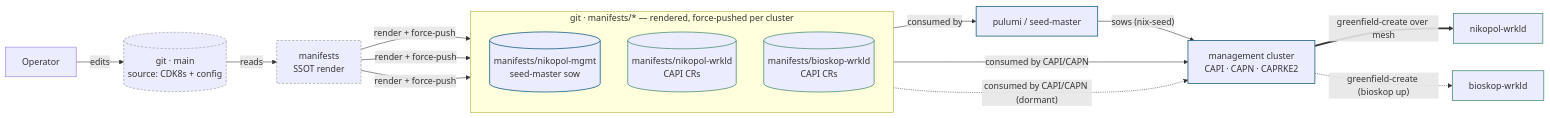
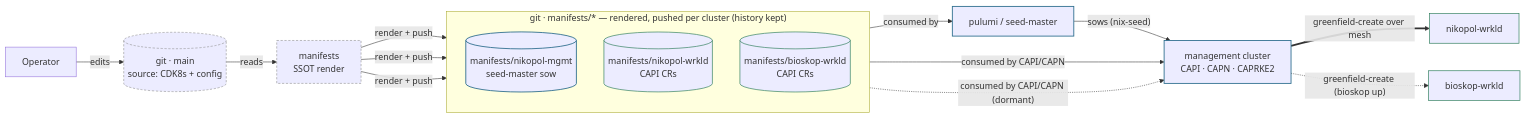
The first of 5 diagrams in docs/architecture/cluster-api/manifests-rendered-branches.adoc (nxmatic/rke2lab), drawn with Mermaid before and after one commit. The commit also changed other lines of this file and 1914 other files, not shown here.

```diff
--- a/docs/architecture/cluster-api/manifests-rendered-branches.adoc
+++ b/docs/architecture/cluster-api/manifests-rendered-branches.adoc
@@ -86,32 +87,32 @@
 [mermaid,manifests-rendered-branches-context,svg]
 ----
 flowchart LR
   OP["Operator"]
   MAIN[("git · main<br/>source: CDK8s + config")]
   MOD["manifests<br/>SSOT render"]
-  subgraph REN["git · manifests/* — rendered, force-pushed per cluster"]
+  subgraph REN["git · manifests/* — rendered, pushed per cluster (history kept)"]
     direction TB
     BM[("manifests/nikopol-mgmt<br/>seed-master sow")]
     BW1[("manifests/nikopol-wrkld<br/>CAPI CRs")]
     BW2[("manifests/bioskop-wrkld<br/>CAPI CRs")]
   end
   SM["pulumi / seed-master"]
   MG["management cluster<br/>CAPI · CAPN · CAPRKE2"]
   W1["nikopol-wrkld"]
   W2["bioskop-wrkld"]
   OP -->|edits| MAIN
   MAIN -->|reads| MOD
-  MOD -->|"render + force-push"| BM
-  MOD -->|"render + force-push"| BW1
-  MOD -->|"render + force-push"| BW2
+  MOD -->|"render + push"| BM
+  MOD -->|"render + push"| BW1
+  MOD -->|"render + push"| BW2
   BM -->|"consumed by"| SM
   SM -->|"sows (nix-seed)"| MG
   BW1 -->|"consumed by CAPI/CAPN"| MG
   BW2 -.->|"consumed by CAPI/CAPN (dormant)"| MG
   MG ==>|"greenfield-create over mesh"| W1
   MG -.->|"greenfield-create (bioskop up)"| W2
   classDef src stroke:#888,stroke-dasharray:4 3;
   classDef mgmt stroke:#2f6f8f,stroke-width:1.6px;
   classDef wl stroke:#2e7d5b,stroke-width:1.2px;
   class MAIN,MOD src; class BM,SM,MG mgmt; class BW1,BW2,W1,W2 wl;
 ----
```
